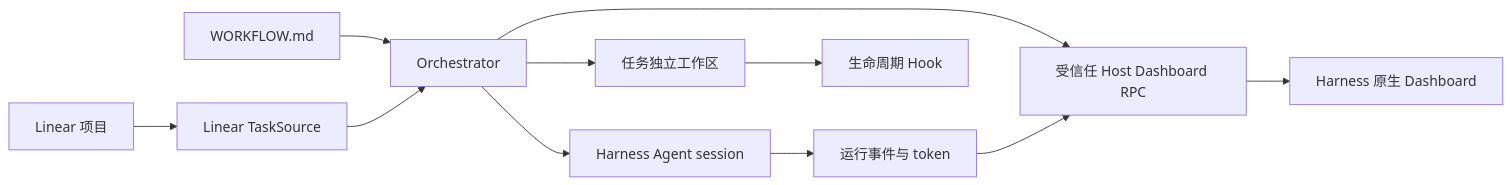
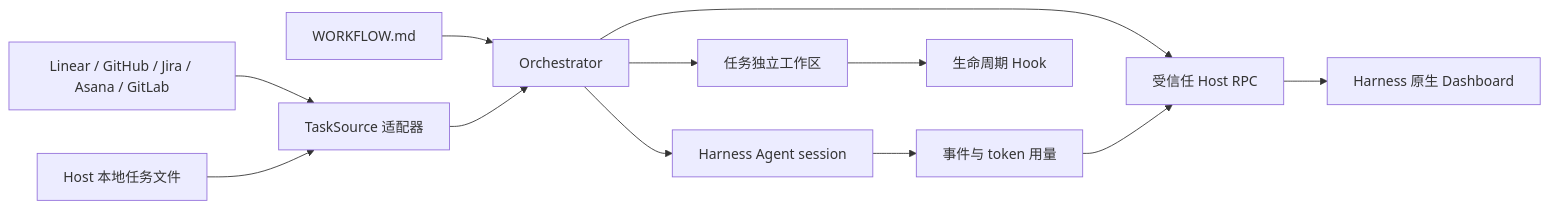
Before and after one commit to Uddoo/dsh-dashboard: the diagram in README.zh-CN.md, drawn with Mermaid. The commit also changed other lines of this file and 53 other files, not shown here.

````diff
--- a/README.zh-CN.md
+++ b/README.zh-CN.md
@@ -31,13 +38,14 @@
 ```mermaid
 flowchart LR
-    L["Linear 项目"] --> S["Linear TaskSource"]
+    P["Linear / GitHub / Jira / Asana / GitLab"] --> S["TaskSource 适配器"]
+    L["Host 本地任务文件"] --> S
     W["WORKFLOW.md"] --> O["Orchestrator"]
     S --> O
     O --> M["任务独立工作区"]
     O --> A["Harness Agent session"]
-    A --> R["运行事件与 token"]
+    A --> R["事件与 token 用量"]
     M --> H["生命周期 Hook"]
-    O --> D["受信任 Host Dashboard RPC"]
+    O --> D["受信任 Host RPC"]
     R --> D
     D --> U["Harness 原生 Dashboard"]
 ```
````
